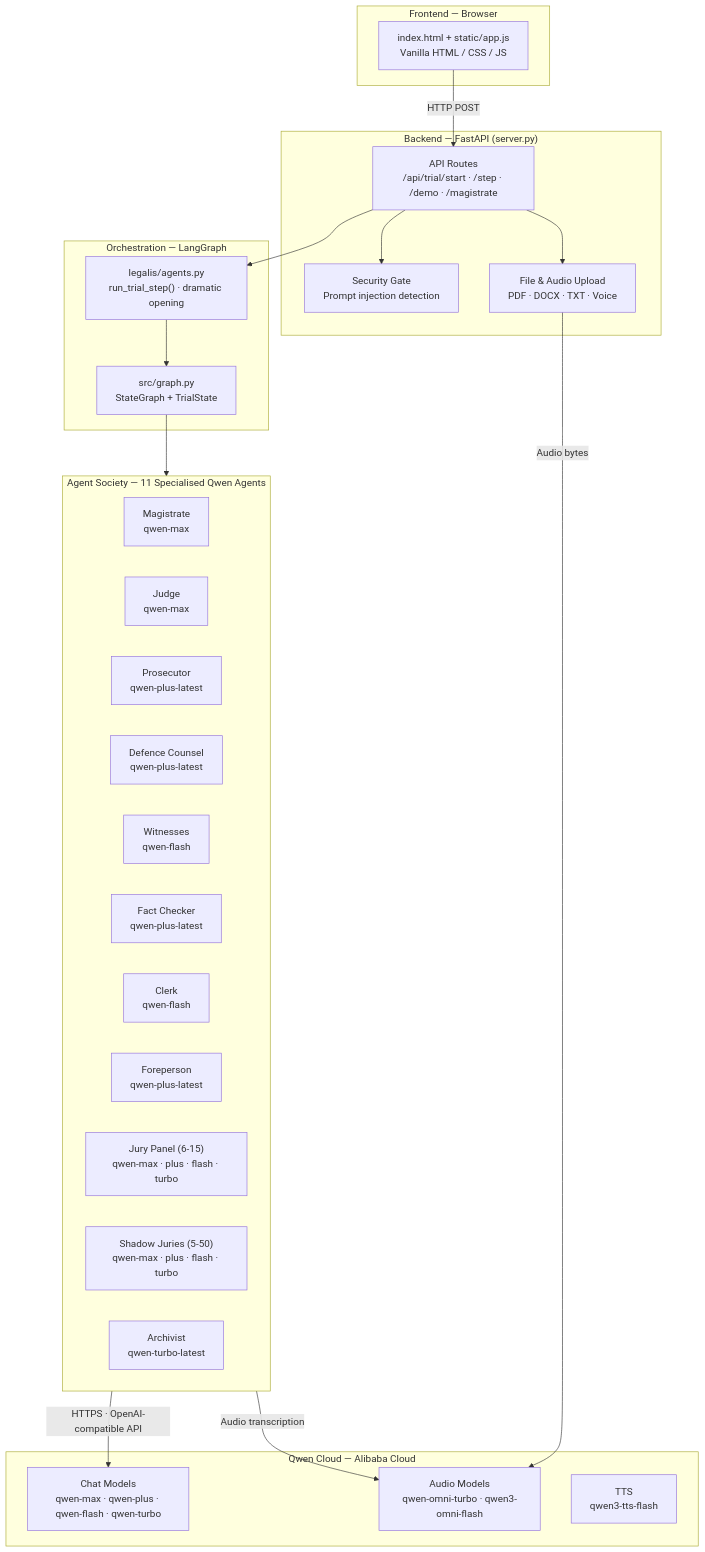
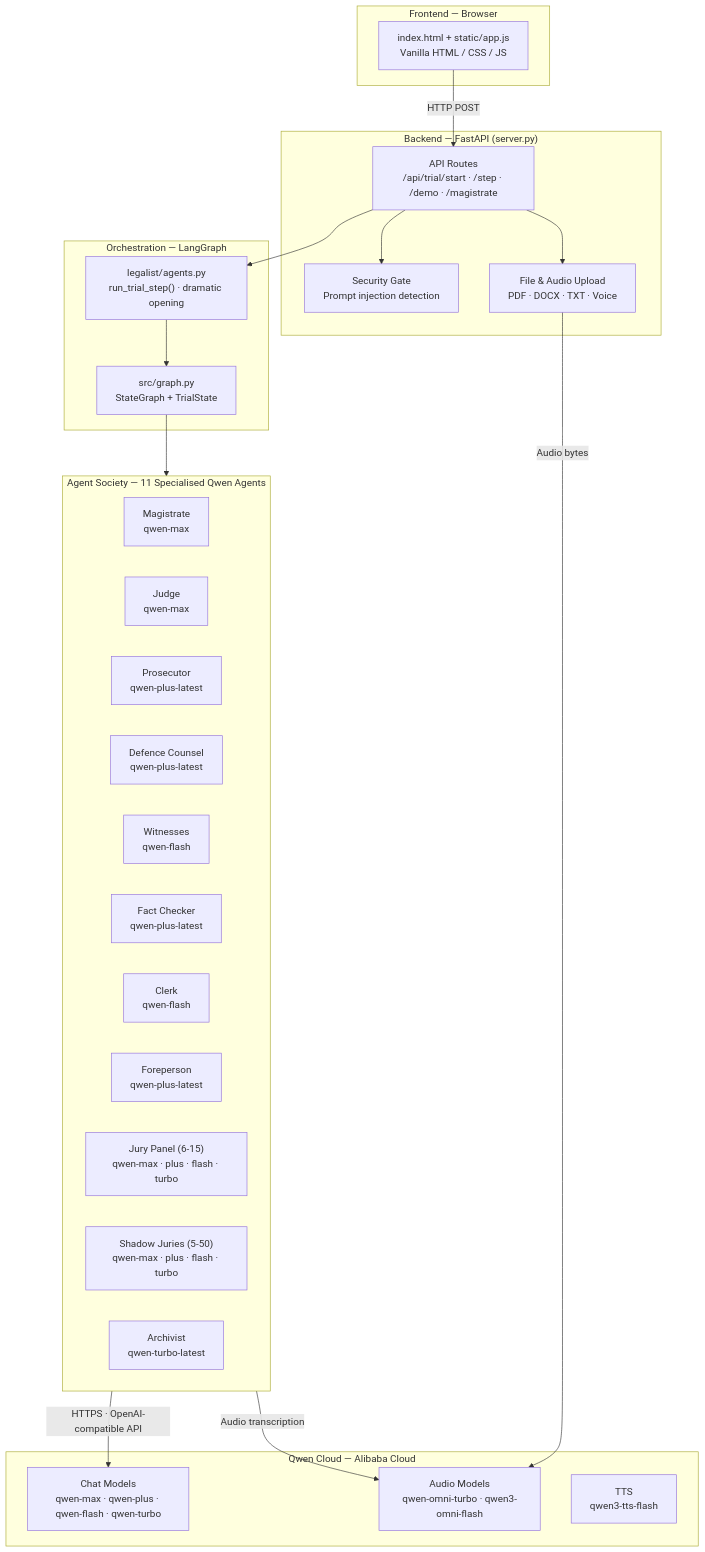
One commit to olatonrain/codex-legalis changed the diagram in docs/ARCHITECTURE.md. Above: the diagram before and after it, drawn with Mermaid. The commit also changed other lines of this file and 24 other files, not shown here.

First line of the commit message:
feat: add architecture diagram image to docs

````diff
--- a/docs/ARCHITECTURE.md
+++ b/docs/ARCHITECTURE.md
@@ -5,47 +10,47 @@
 ```mermaid
 flowchart TD
     subgraph FRONTEND["Frontend — Browser"]
         UI["index.html + static/app.js<br/>Vanilla HTML / CSS / JS"]
     end
 
     subgraph BACKEND["Backend — FastAPI (server.py)"]
         API["API Routes<br/>/api/trial/start · /step · /demo · /magistrate"]
         SEC["Security Gate<br/>Prompt injection detection"]
         UPLOAD["File & Audio Upload<br/>PDF · DOCX · TXT · Voice"]
     end
 
     subgraph ORCHESTRATION["Orchestration — LangGraph"]
         GRAPH["src/graph.py<br/>StateGraph + TrialState"]
-        RUNNER["legalis/agents.py<br/>run_trial_step() · dramatic opening"]
+        RUNNER["legalist/agents.py<br/>run_trial_step() · dramatic opening"]
     end
 
     subgraph AGENTS["Agent Society — 11 Specialised Qwen Agents"]
         MAG["Magistrate<br/>qwen-max"]
         JUD["Judge<br/>qwen-max"]
         PROS["Prosecutor<br/>qwen-plus-latest"]
         DEF["Defence Counsel<br/>qwen-plus-latest"]
         WIT["Witnesses<br/>qwen-flash"]
         FC["Fact Checker<br/>qwen-plus-latest"]
         CLK["Clerk<br/>qwen-flash"]
         FP["Foreperson<br/>qwen-plus-latest"]
         JURY["Jury Panel (6-15)<br/>qwen-max · plus · flash · turbo"]
         SHADOW["Shadow Juries (5-50)<br/>qwen-max · plus · flash · turbo"]
         ARCH["Archivist<br/>qwen-turbo-latest"]
     end
 
     subgraph QWEN["Qwen Cloud — Alibaba Cloud"]
         CHAT["Chat Models<br/>qwen-max · qwen-plus · qwen-flash · qwen-turbo"]
         AUDIO["Audio Models<br/>qwen-omni-turbo · qwen3-omni-flash"]
         TTS["TTS<br/>qwen3-tts-flash"]
     end
 
     UI -->|"HTTP POST"| API
     API --> SEC
     API --> UPLOAD
     API --> RUNNER
     RUNNER --> GRAPH
     GRAPH --> AGENTS
     UPLOAD -->|"Audio bytes"| AUDIO
     AGENTS -->|"HTTPS · OpenAI-compatible API"| CHAT
     AGENTS -->|"Audio transcription"| AUDIO
 ```
````
